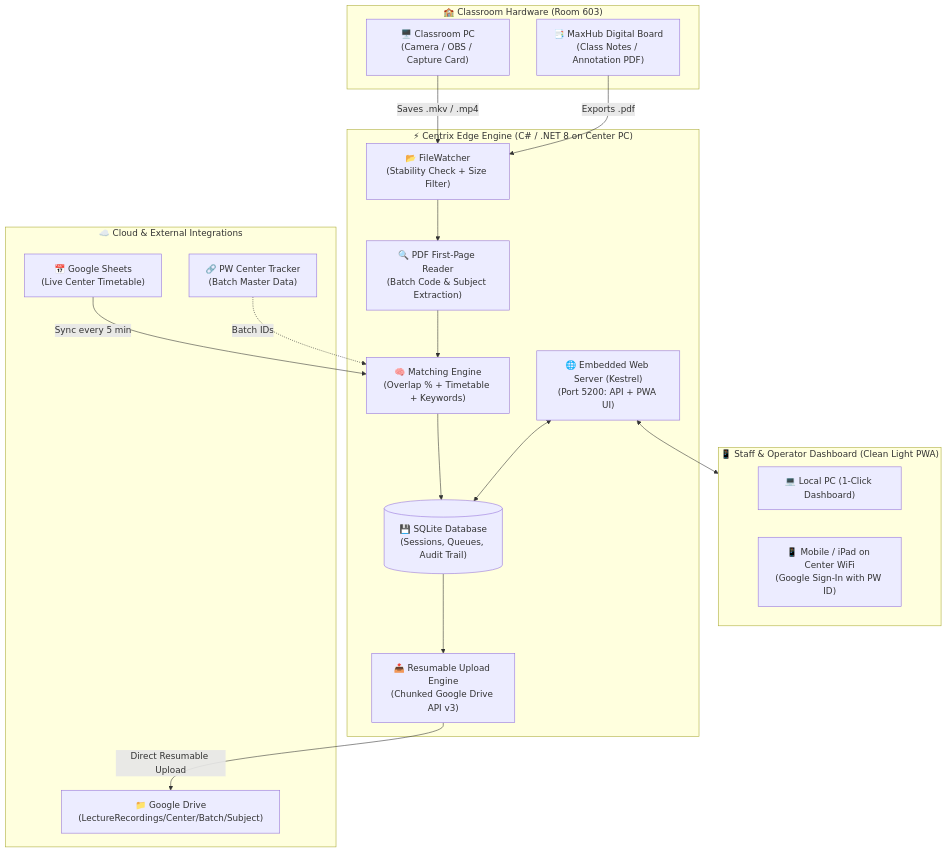
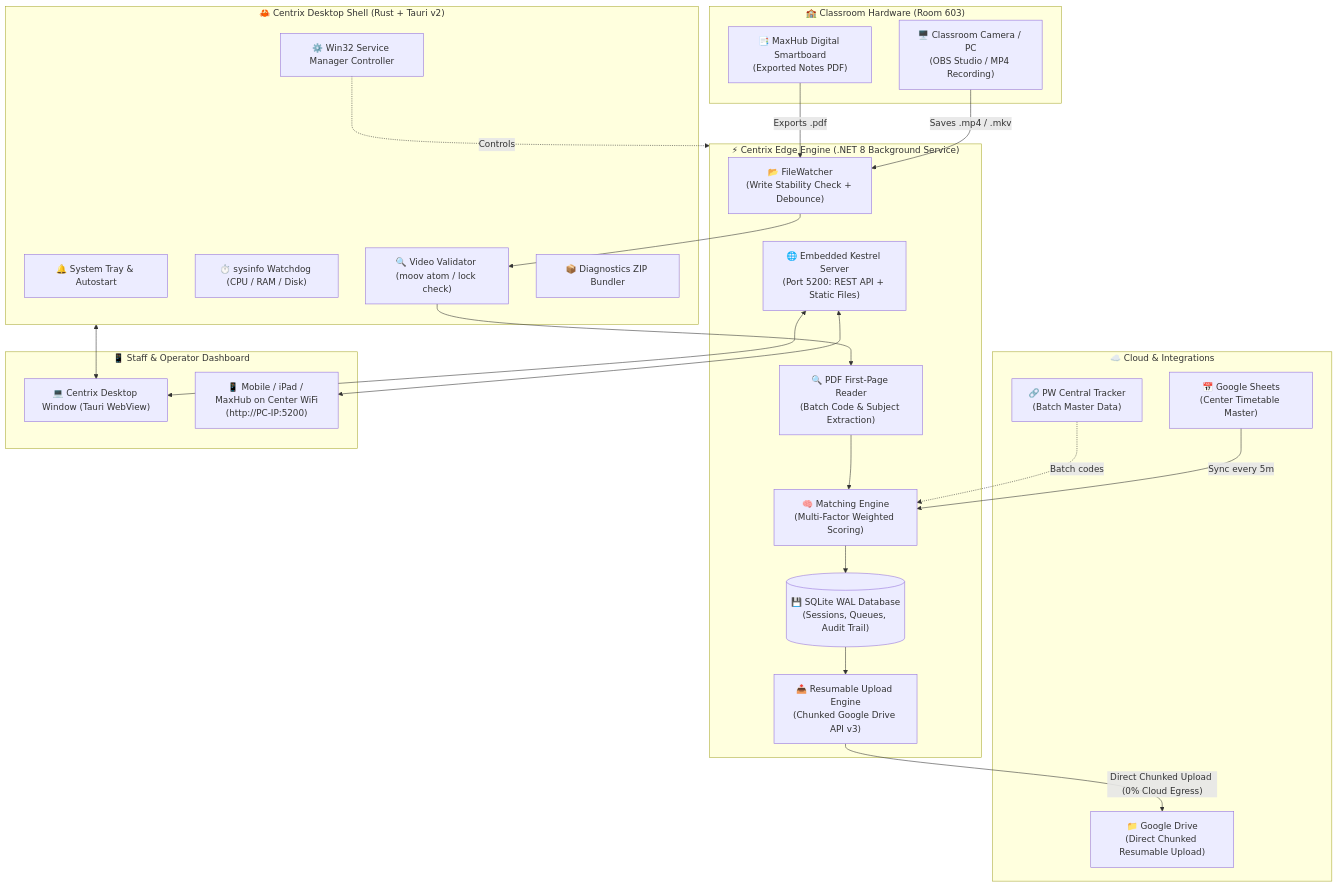
One commit to Mishra-Aniket/Centrix_rust changed the diagram in README.md. Above: the diagram before and after it, drawn with Mermaid. The commit also changed other lines of this file, not shown here.

Commit message:
docs: add comprehensive README with Rust Tauri architecture and setup guide

````diff
--- a/README.md
+++ b/README.md
@@ -62,39 +158,51 @@
 ```mermaid
 flowchart TD
     subgraph Classroom ["🏫 Classroom Hardware (Room 603)"]
-        CamPC["🖥️ Classroom PC<br/>(Camera / OBS / Capture Card)"]
-        MaxHub["📑 MaxHub Digital Board<br/>(Class Notes / Annotation PDF)"]
+        CamPC["🖥️ Classroom Camera / PC<br/>(OBS Studio / MP4 Recording)"]
+        MaxHub["📑 MaxHub Digital Smartboard<br/>(Exported Notes PDF)"]
     end
 
-    subgraph EdgeAgent ["⚡ Centrix Edge Engine (C# / .NET 8 on Center PC)"]
-        FW["📂 FileWatcher<br/>(Stability Check + Size Filter)"]
-        PDFR["🔍 PDF First-Page Reader<br/>(Batch Code & Subject Extraction)"]
-        ME["🧠 Matching Engine<br/>(Overlap % + Timetable + Keywords)"]
-        DB[("💾 SQLite Database<br/>(Sessions, Queues, Audit Trail)")]
-        UQ["📤 Resumable Upload Engine<br/>(Chunked Google Drive API v3)"]
-        Kestrel["🌐 Embedded Web Server (Kestrel)<br/>(Port 5200: API + PWA UI)"]
+    subgraph TauriShell ["🦀 Centrix Desktop Shell (Rust + Tauri v2)"]
+        Tray["🔔 System Tray & Autostart"]
+        HealthW["⏱️ sysinfo Watchdog (CPU / RAM / Disk)"]
+        VidVal["🔍 Video Validator (moov atom / lock check)"]
+        Diag["📦 Diagnostics ZIP Bundler"]
+        SvcMgr["⚙️ Win32 Service Manager Controller"]
     end
 
-    subgraph Cloud ["☁️ Cloud & External Integrations"]
-        GDrive["📁 Google Drive<br/>(LectureRecordings/Center/Batch/Subject)"]
-        GSheet["📅 Google Sheets<br/>(Live Center Timetable)"]
-        Tracker["🔗 PW Center Tracker<br/>(Batch Master Data)"]
+    subgraph EdgeAgent ["⚡ Centrix Edge Engine (.NET 8 Background Service)"]
+        FW["📂 FileWatcher<br/>(Write Stability Check + Debounce)"]
+        PDFR["🔍 PDF First-Page Reader<br/>(Batch Code & Subject Extraction)"]
+        ME["🧠 Matching Engine<br/>(Multi-Factor Weighted Scoring)"]
+        DB[("💾 SQLite WAL Database<br/>(Sessions, Queues, Audit Trail)")]
+        UQ["📤 Resumable Upload Engine<br/>(Chunked Google Drive API v3)"]
+        Kestrel["🌐 Embedded Kestrel Server<br/>(Port 5200: REST API + Static Files)"]
     end
 
-    subgraph StaffUI ["📱 Staff & Operator Dashboard (Clean Light PWA)"]
-        Browser["💻 Local PC (1-Click Dashboard)"]
-        Mobile["📱 Mobile / iPad on Center WiFi<br/>(Google Sign-In with PW ID)"]
+    subgraph Cloud ["☁️ Cloud & Integrations"]
+        GDrive["📁 Google Drive<br/>(Direct Chunked Resumable Upload)"]
+        GSheet["📅 Google Sheets<br/>(Center Timetable Master)"]
+        Tracker["🔗 PW Central Tracker<br/>(Batch Master Data)"]
     end
 
-    CamPC -- "Saves .mkv / .mp4" --> FW
+    subgraph StaffUI ["📱 Staff & Operator Dashboard"]
+        DesktopApp["💻 Centrix Desktop Window (Tauri WebView)"]
+        MobilePWA["📱 Mobile / iPad / MaxHub on Center WiFi<br/>(http://PC-IP:5200)"]
+    end
+
+    CamPC -- "Saves .mp4 / .mkv" --> FW
     MaxHub -- "Exports .pdf" --> FW
-    FW --> PDFR
+    FW --> VidVal
+    VidVal --> PDFR
     PDFR --> ME
-    GSheet -- "Sync every 5 min" --> ME
-    Tracker -. "Batch IDs" .-> ME
+    GSheet -- "Sync every 5m" --> ME
+    Tracker -. "Batch codes" .-> ME
     ME --> DB
     DB --> UQ
-    UQ -- "Direct Resumable Upload" --> GDrive
-    Kestrel <--> StaffUI
-    Kestrel <--> DB
+    UQ -- "Direct Chunked Upload (0% Cloud Egress)" --> GDrive
+    
+    Kestrel <--> DesktopApp
+    Kestrel <--> MobilePWA
+    TauriShell <--> DesktopApp
+    SvcMgr -. "Controls" .-> EdgeAgent
 ```
````
